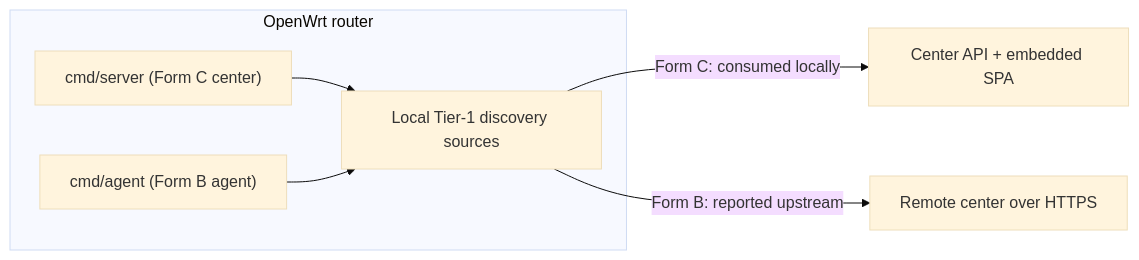
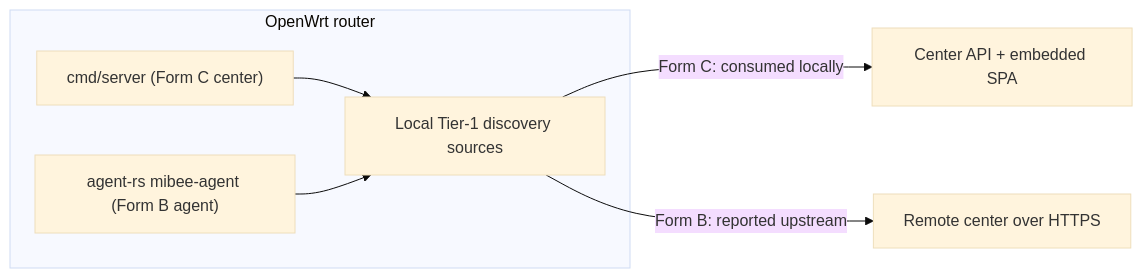
Before and after one commit to Mi-Bee-Studio/mibee-docs: the diagram in mibeesteward/en-US/openwrt.md, drawn with Mermaid (base theme). The commit also changed other lines of this file and 215 other files, not shown here.

````diff
--- a/mibeesteward/en-US/openwrt.md
+++ b/mibeesteward/en-US/openwrt.md
@@ -27,9 +31,9 @@
 ```mermaid
 flowchart LR
     subgraph R["OpenWrt router"]
         S["cmd/server (Form C center)"] --> C["Local Tier-1 discovery sources"]
-        B["cmd/agent (Form B agent)"] --> C
+        B["agent-rs mibee-agent (Form B agent)"] --> C
     end
     C -->|"Form C: consumed locally"| D["Center API + embedded SPA"]
     C -->|"Form B: reported upstream"| E["Remote center over HTTPS"]
 ```
````
